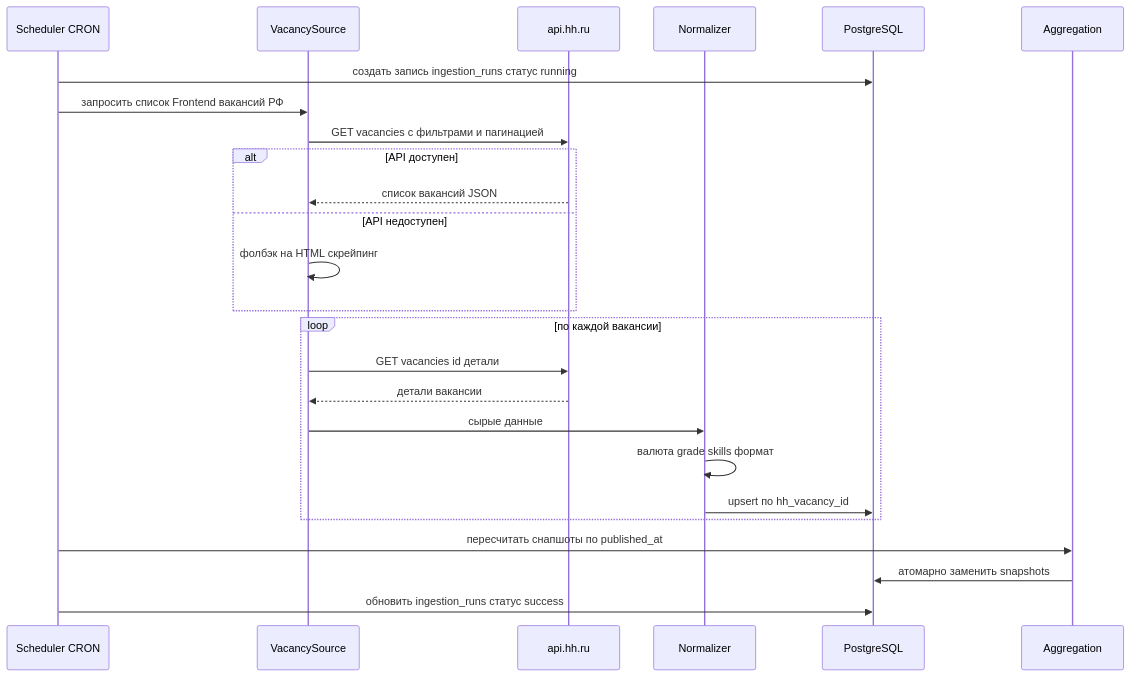
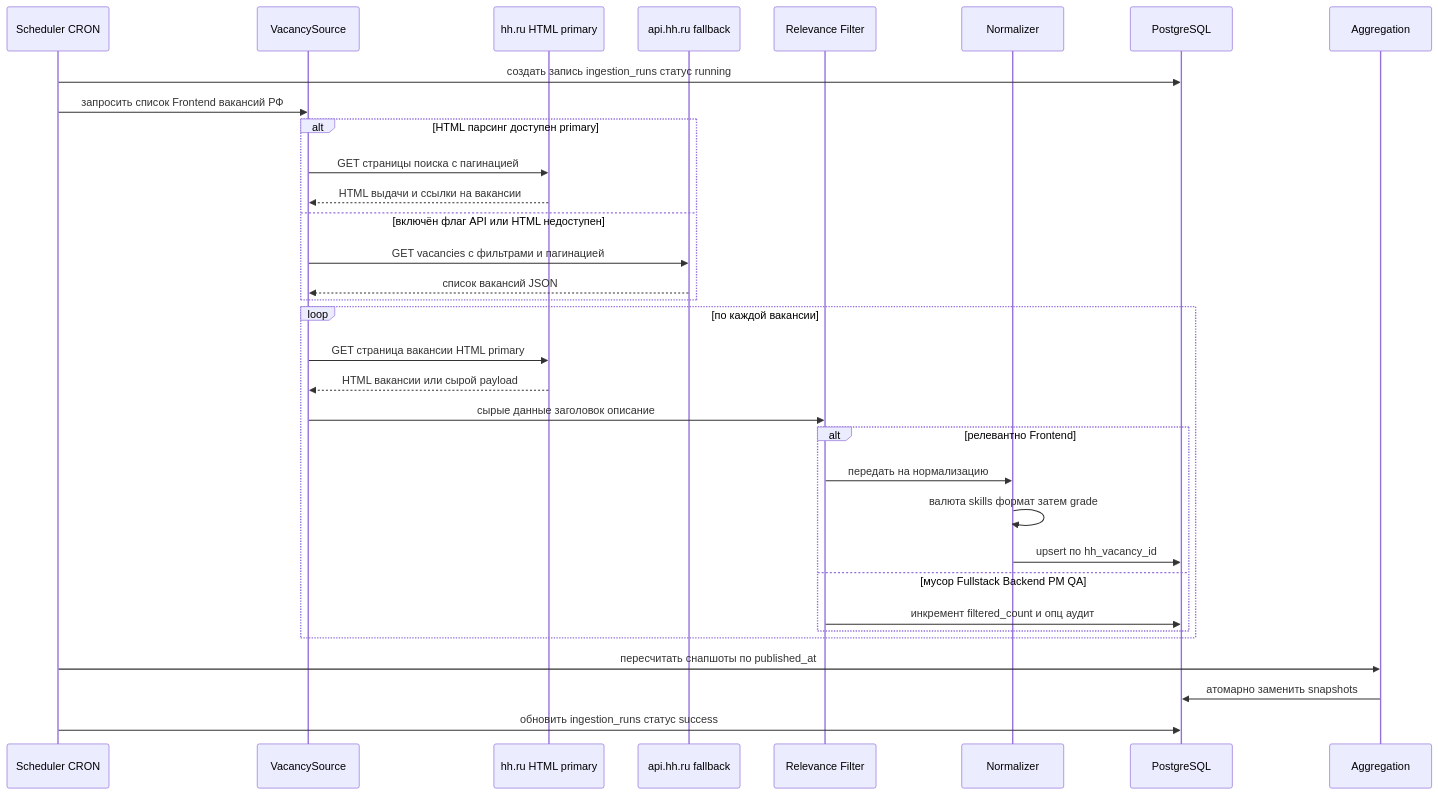
Before and after one commit to kemberl1/hh_analyser: the third of 6 diagrams in docs/02-architecture.md, drawn with Mermaid. The commit also changed other lines of this file and 7 other files, not shown here.

````diff
--- a/docs/02-architecture.md
+++ b/docs/02-architecture.md
@@ -126,28 +138,36 @@
 ```mermaid
 sequenceDiagram
     participant CRON as Scheduler CRON
     participant SRC as VacancySource
-    participant HH as api.hh.ru
+    participant WEB as hh.ru HTML primary
+    participant API as api.hh.ru fallback
+    participant RF as Relevance Filter
     participant NRM as Normalizer
     participant DB as PostgreSQL
     participant AGG as Aggregation
 
     CRON->>DB: создать запись ingestion_runs статус running
     CRON->>SRC: запросить список Frontend вакансий РФ
-    SRC->>HH: GET vacancies с фильтрами и пагинацией
-    alt API доступен
-        HH-->>SRC: список вакансий JSON
-    else API недоступен
-        SRC->>SRC: фолбэк на HTML скрейпинг
+    alt HTML парсинг доступен primary
+        SRC->>WEB: GET страницы поиска с пагинацией
+        WEB-->>SRC: HTML выдачи и ссылки на вакансии
+    else включён флаг API или HTML недоступен
+        SRC->>API: GET vacancies с фильтрами и пагинацией
+        API-->>SRC: список вакансий JSON
     end
     loop по каждой вакансии
-        SRC->>HH: GET vacancies id детали
-        HH-->>SRC: детали вакансии
-        SRC->>NRM: сырые данные
-        NRM->>NRM: валюта grade skills формат
-        NRM->>DB: upsert по hh_vacancy_id
+        SRC->>WEB: GET страница вакансии HTML primary
+        WEB-->>SRC: HTML вакансии или сырой payload
+        SRC->>RF: сырые данные заголовок описание
+        alt релевантно Frontend
+            RF->>NRM: передать на нормализацию
+            NRM->>NRM: валюта skills формат затем grade
+            NRM->>DB: upsert по hh_vacancy_id
+        else мусор Fullstack Backend PM QA
+            RF->>DB: инкремент filtered_count и опц аудит
+        end
     end
     CRON->>AGG: пересчитать снапшоты по published_at
     AGG->>DB: атомарно заменить snapshots
     CRON->>DB: обновить ingestion_runs статус success
 ```
````
